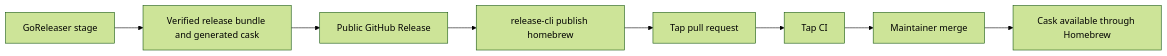
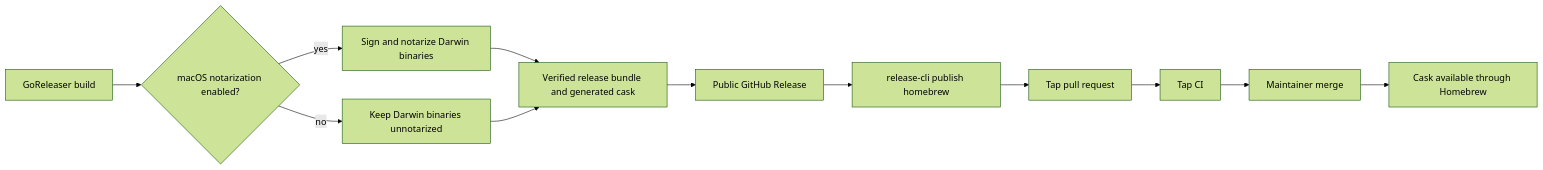
Before and after one commit to meigma/release: the diagram in .journal/006/PLAN.md, drawn with Mermaid (forest theme). The commit also changed other lines of this file, not shown here.

Commit message:
docs(journal): add optional macOS notarization

````diff
--- a/.journal/006/PLAN.md
+++ b/.journal/006/PLAN.md
@@ -30,10 +36,14 @@
 ```mermaid
 flowchart LR
-    A[GoReleaser stage] --> B[Verified release bundle and generated cask]
-    B --> C[Public GitHub Release]
-    C --> D[release-cli publish homebrew]
-    D --> E[Tap pull request]
-    E --> F[Tap CI]
-    F --> G[Maintainer merge]
-    G --> H[Cask available through Homebrew]
+    A[GoReleaser build] --> B{macOS notarization enabled?}
+    B -->|yes| C[Sign and notarize Darwin binaries]
+    B -->|no| D[Keep Darwin binaries unnotarized]
+    C --> E[Verified release bundle and generated cask]
+    D --> E
+    E --> F[Public GitHub Release]
+    F --> G[release-cli publish homebrew]
+    G --> H[Tap pull request]
+    H --> I[Tap CI]
+    I --> J[Maintainer merge]
+    J --> K[Cask available through Homebrew]
 ```
````
